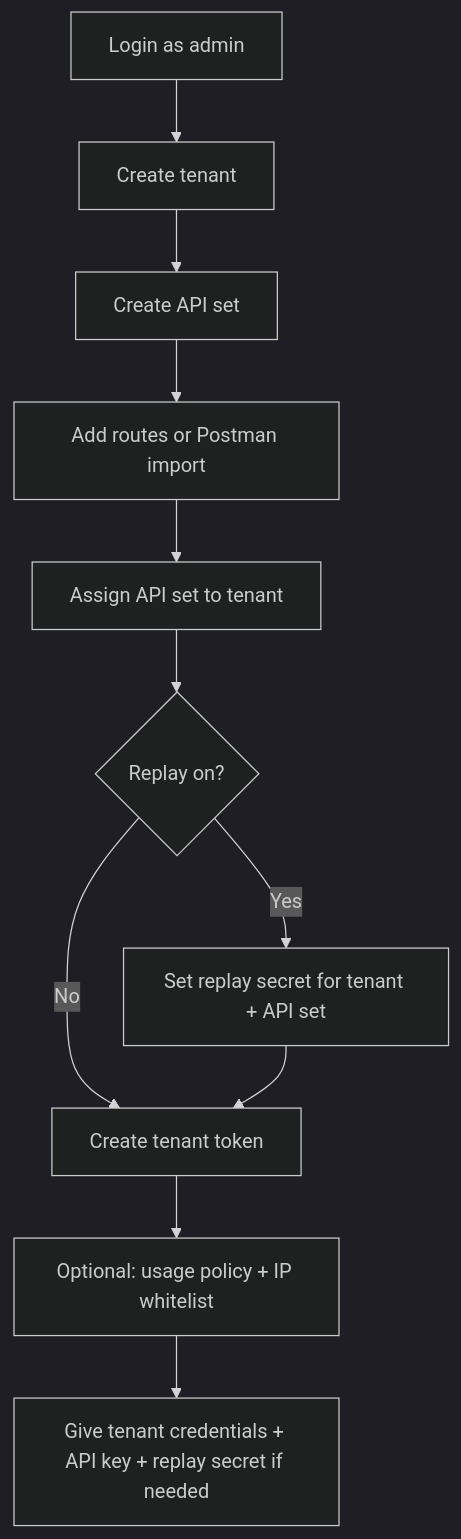
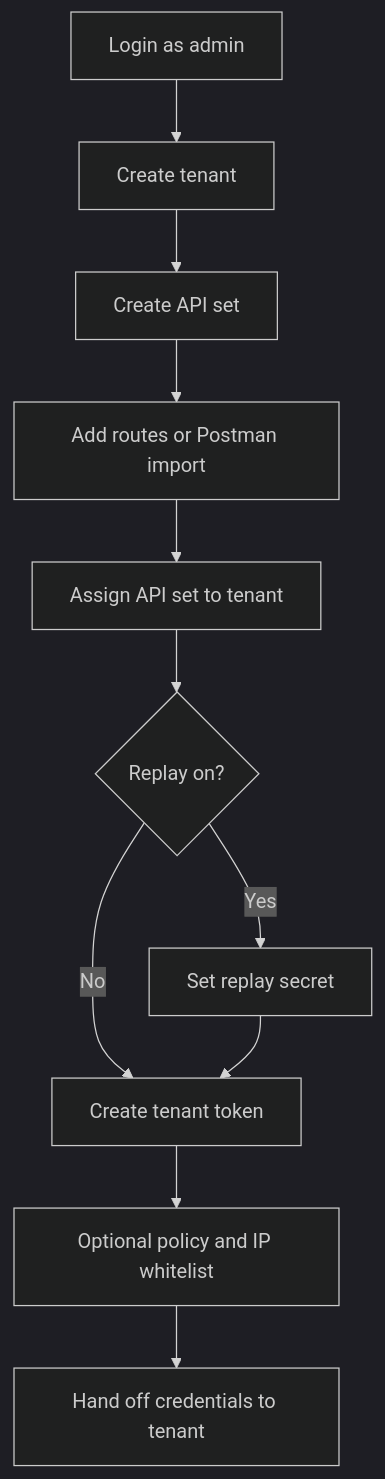
The ninth of 17 diagrams in USER_JOURNEY.md (hr-sargazi/temp-md-server), drawn with Mermaid (dark theme) before and after one commit. The commit also changed other lines of this file, not shown here.

````diff
--- a/USER_JOURNEY.md
+++ b/USER_JOURNEY.md
@@ -296,13 +298,13 @@
 ```mermaid
 flowchart TD
-  A[Login as admin] --> B[Create tenant]
-  B --> C[Create API set]
-  C --> D[Add routes or Postman import]
-  D --> E[Assign API set to tenant]
+  A["Login as admin"] --> B["Create tenant"]
+  B --> C["Create API set"]
+  C --> D["Add routes or Postman import"]
+  D --> E["Assign API set to tenant"]
   E --> F{Replay on?}
-  F -->|Yes| G[Set replay secret for tenant + API set]
-  F -->|No| H[Create tenant token]
+  F -->|Yes| G["Set replay secret"]
+  F -->|No| H["Create tenant token"]
   G --> H
-  H --> I[Optional: usage policy + IP whitelist]
-  I --> J[Give tenant credentials + API key + replay secret if needed]
+  H --> I["Optional policy and IP whitelist"]
+  I --> J["Hand off credentials to tenant"]
 ```
````
